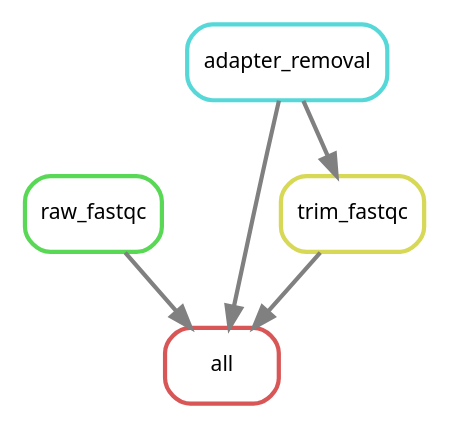
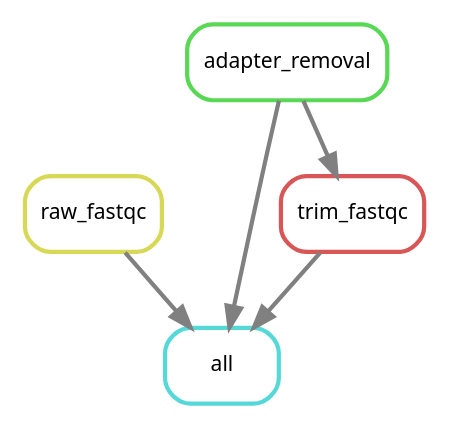
One commit to DRMCRL/ENCODE_T47D_HiC_ENCSR549MGQ changed the diagram in output/rulegraph.dot. Above: the diagram before and after it, drawn with Graphviz. The commit also changed 13 other files, not shown here.

```diff
--- a/output/rulegraph.dot
+++ b/output/rulegraph.dot
@@ -1,13 +1,13 @@
 digraph snakemake_dag {
     graph[bgcolor=white, margin=0];
     node[shape=box, style=rounded, fontname=sans,                 fontsize=10, penwidth=2];
     edge[penwidth=2, color=grey];
-	0[label = "all", color = "0.00 0.6 0.85", style="rounded"];
-	1[label = "raw_fastqc", color = "0.33 0.6 0.85", style="rounded"];
-	2[label = "trim_fastqc", color = "0.17 0.6 0.85", style="rounded"];
-	3[label = "adapter_removal", color = "0.50 0.6 0.85", style="rounded"];
+	0[label = "all", color = "0.50 0.6 0.85", style="rounded"];
+	1[label = "raw_fastqc", color = "0.17 0.6 0.85", style="rounded"];
+	2[label = "trim_fastqc", color = "0.00 0.6 0.85", style="rounded"];
+	3[label = "adapter_removal", color = "0.33 0.6 0.85", style="rounded"];
 	2 -> 0
 	1 -> 0
 	3 -> 0
 	3 -> 2
 }            
```
